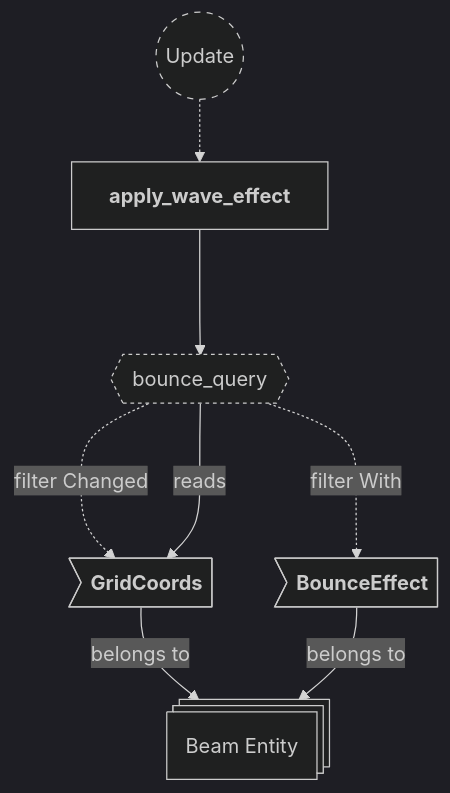
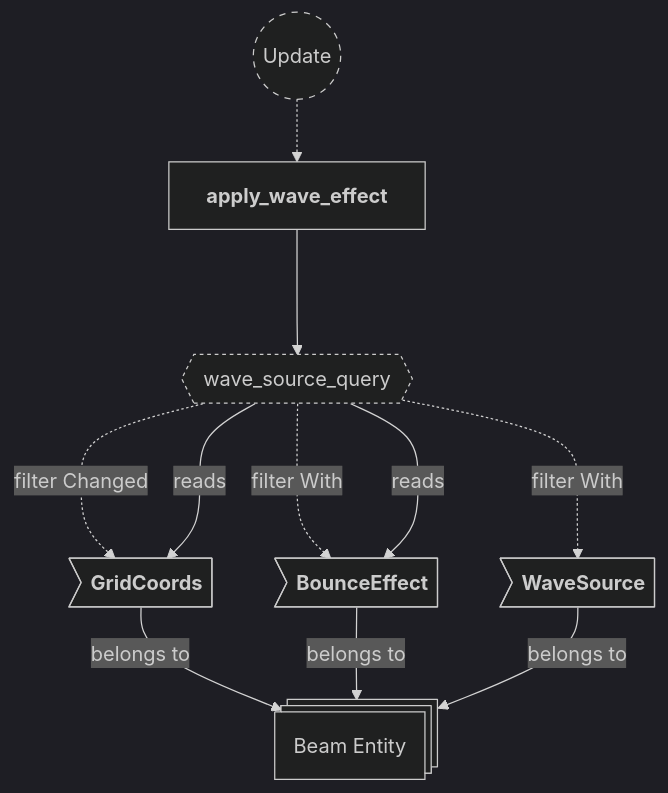
The seventh of 25 diagrams in backlog/docs/doc-10 - 008-Effects-plugin.md (neurosoup/tyled), drawn with Mermaid before and after one commit. The commit also changed other lines of this file and 14 other files, not shown here.

````diff
--- a/backlog/docs/doc-10 - 008-Effects-plugin.md
+++ b/backlog/docs/doc-10 - 008-Effects-plugin.md
@@ -295,27 +377,30 @@
 ```mermaid
 ---
 config:
   theme: dark
 ---
 
 flowchart TD
 classDef system-group stroke-dasharray: 5 5
 classDef query stroke-dasharray: 3 3
 
 update(("`Update`")):::system-group
 apply_wave_effect["`**apply_wave_effect**`"]
 
 update -.-> apply_wave_effect
 
-bounce_query{{"`bounce_query`"}}:::query
+bounce_query{{"`wave_source_query`"}}:::query
 apply_wave_effect ---> bounce_query
 
 beam_entity@{ shape: st-rect, label: "Beam Entity" }
 
 be_grid_coords>"`**GridCoords**`"] --> |belongs to| beam_entity
 be_bounce>"`**BounceEffect**`"] --> |belongs to| beam_entity
+be_wave_source>"`**WaveSource**`"] --> |belongs to| beam_entity
 
 bounce_query -..-> |filter Changed| be_grid_coords
 bounce_query -..-> |filter With| be_bounce
+bounce_query -..-> |filter With| be_wave_source
 bounce_query ---> |reads| be_grid_coords
+bounce_query ---> |reads| be_bounce
 ```
````
